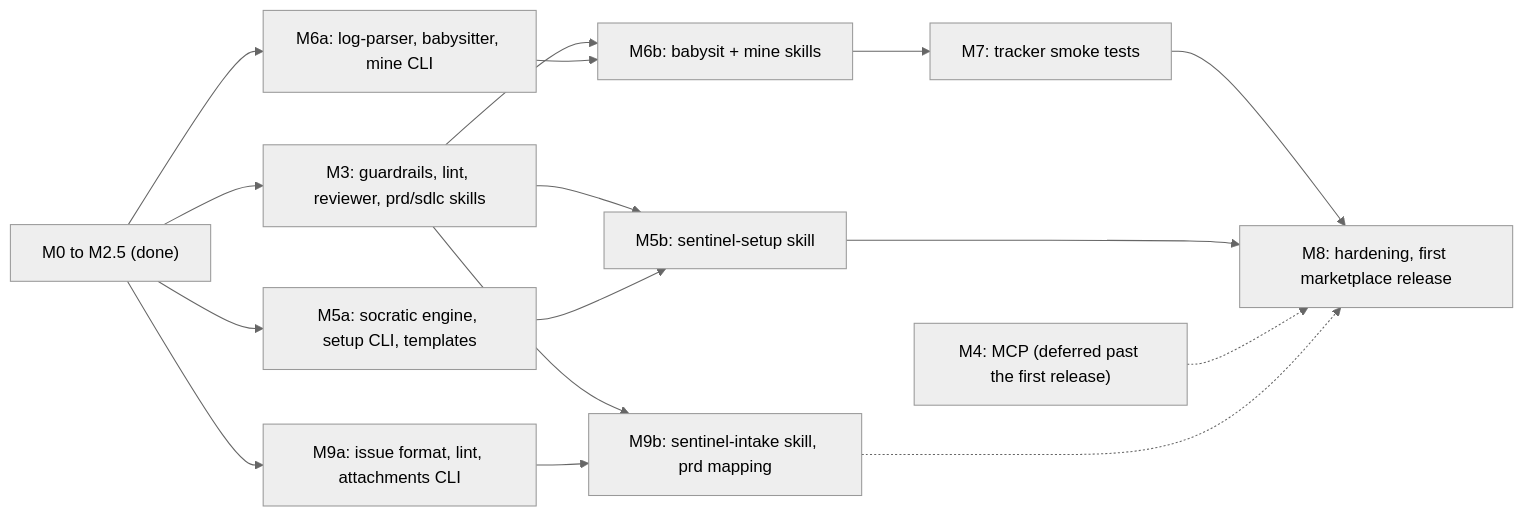
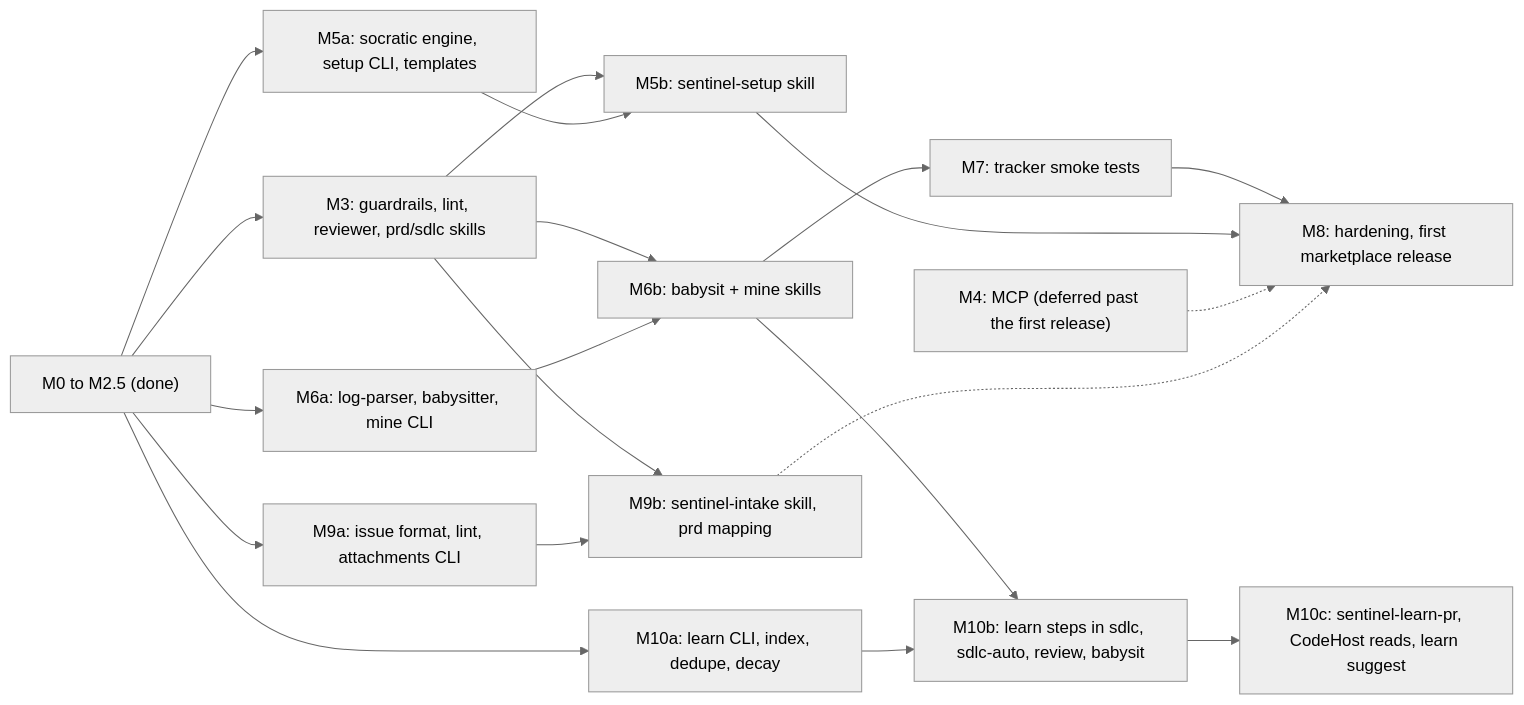
Before and after one commit to robert-nagy/sentinel: the first of 2 diagrams in docs/PLAN.md, drawn with Mermaid (neutral theme). The commit also changed other lines of this file and 1 other file, not shown here.

````diff
--- a/docs/PLAN.md
+++ b/docs/PLAN.md
@@ -504,18 +533,22 @@
 ```mermaid
 flowchart LR
   done["M0 to M2.5 (done)"] --> M3["M3: guardrails, lint, reviewer, prd/sdlc skills"]
   done --> M6a["M6a: log-parser, babysitter, mine CLI"]
   done --> M5a["M5a: socratic engine, setup CLI, templates"]
   M3 --> M6b["M6b: babysit + mine skills"]
   M6a --> M6b
   M3 --> M5b["M5b: sentinel-setup skill"]
   M5a --> M5b
   M6b --> M7["M7: tracker smoke tests"]
   M7 --> M8["M8: hardening, first marketplace release"]
   M5b --> M8
   M4["M4: MCP (deferred past the first release)"] -.-> M8
   done --> M9a["M9a: issue format, lint, attachments CLI"]
   M3 --> M9b["M9b: sentinel-intake skill, prd mapping"]
   M9a --> M9b
   M9b -.-> M8
+  done --> M10a["M10a: learn CLI, index, dedupe, decay"]
+  M6b --> M10b["M10b: learn steps in sdlc, sdlc-auto, review, babysit"]
+  M10a --> M10b
+  M10b --> M10c["M10c: sentinel-learn-pr, CodeHost reads, learn suggest"]
 ```
````
